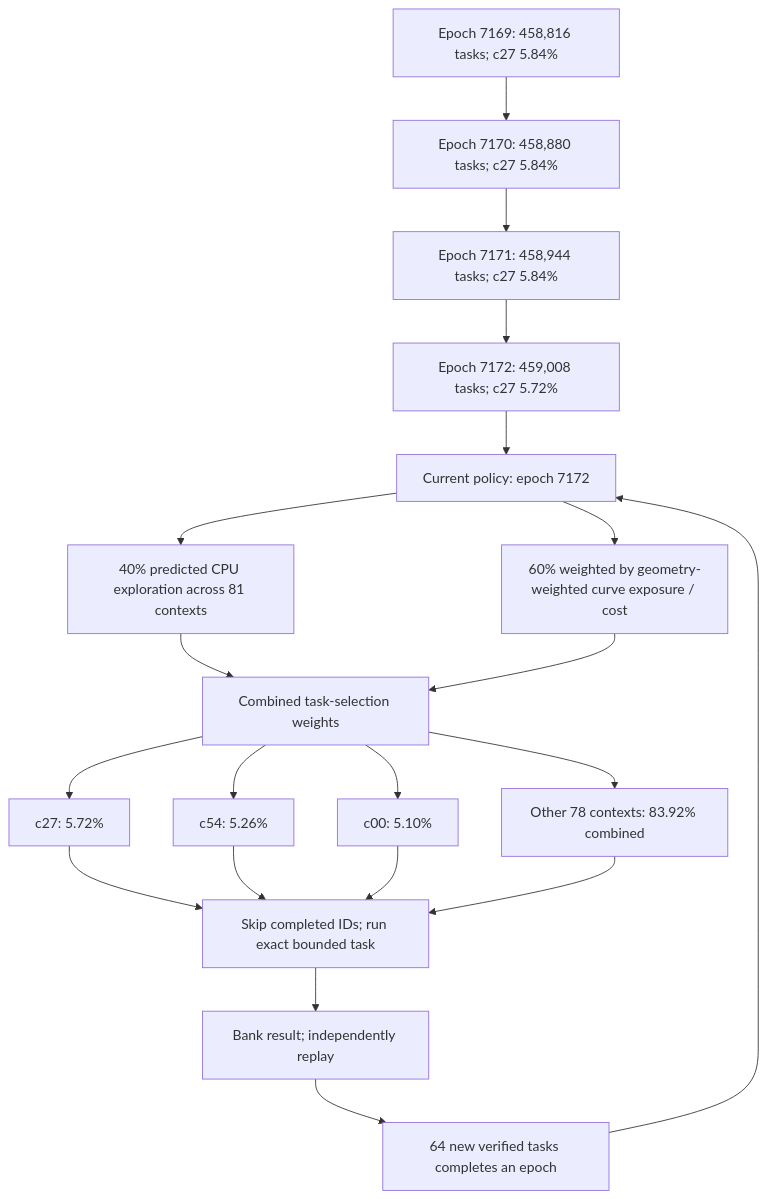
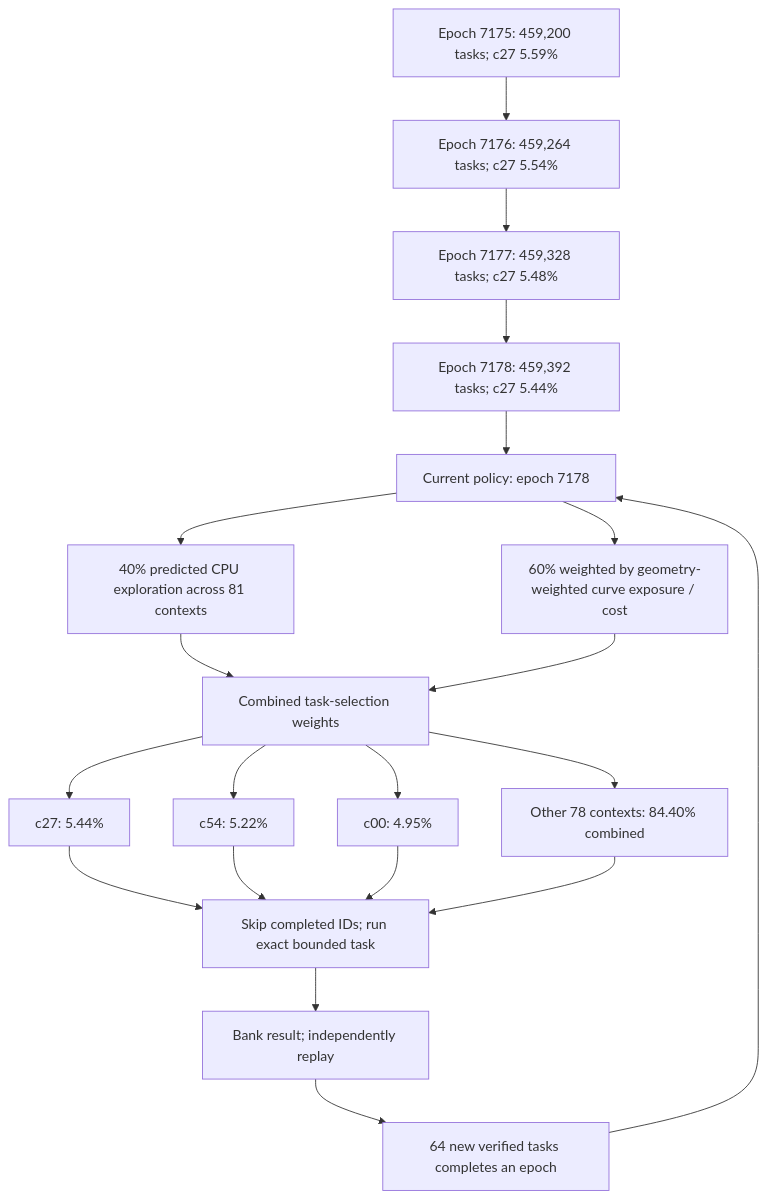
One commit to Kuberwastaken/math-gambling changed the first of 4 diagrams in README.md. Above: the diagram before and after it, drawn with Mermaid. The commit also changed other lines of this file and 962 other files, not shown here.

````diff
--- a/README.md
+++ b/README.md
@@ -60,27 +60,27 @@
 ```mermaid
 flowchart TD
-    H0["Epoch 7169: 458,816 tasks; c27 5.84%"]
-    H1["Epoch 7170: 458,880 tasks; c27 5.84%"]
+    H0["Epoch 7175: 459,200 tasks; c27 5.59%"]
+    H1["Epoch 7176: 459,264 tasks; c27 5.54%"]
     H0 --> H1
-    H2["Epoch 7171: 458,944 tasks; c27 5.84%"]
+    H2["Epoch 7177: 459,328 tasks; c27 5.48%"]
     H1 --> H2
-    H3["Epoch 7172: 459,008 tasks; c27 5.72%"]
+    H3["Epoch 7178: 459,392 tasks; c27 5.44%"]
     H2 --> H3
-    Policy["Current policy: epoch 7172"]
+    Policy["Current policy: epoch 7178"]
     H3 --> Policy
     Policy --> Explore["40% predicted CPU exploration across 81 contexts"]
     Policy --> Cost["60% weighted by geometry-weighted curve exposure / cost"]
     Explore --> Mix["Combined task-selection weights"]
     Cost --> Mix
-    Mix --> C0["c27: 5.72%"]
-    Mix --> C1["c54: 5.26%"]
-    Mix --> C2["c00: 5.10%"]
-    Mix --> Rest["Other 78 contexts: 83.92% combined"]
+    Mix --> C0["c27: 5.44%"]
+    Mix --> C1["c54: 5.22%"]
+    Mix --> C2["c00: 4.95%"]
+    Mix --> Rest["Other 78 contexts: 84.40% combined"]
     C0 --> Check["Skip completed IDs; run exact bounded task"]
     C1 --> Check
     C2 --> Check
     Rest --> Check
     Check --> Replay["Bank result; independently replay"]
     Replay --> Gate["64 new verified tasks completes an epoch"]
     Gate --> Policy
 ```
````
